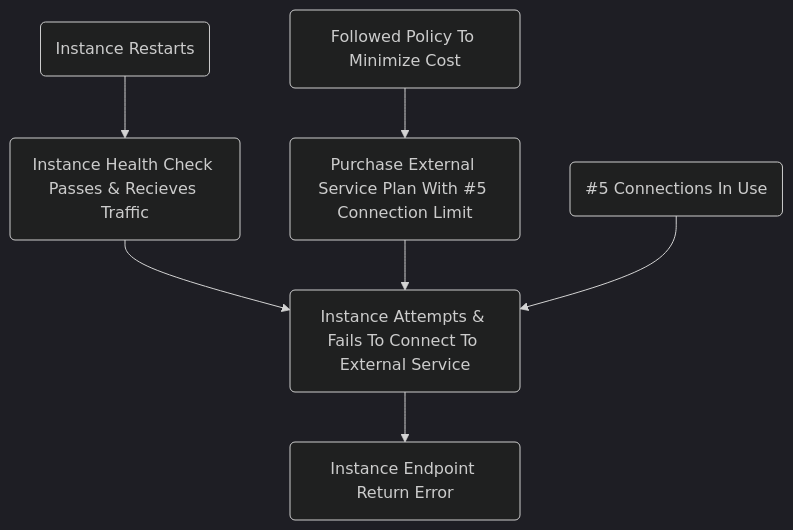
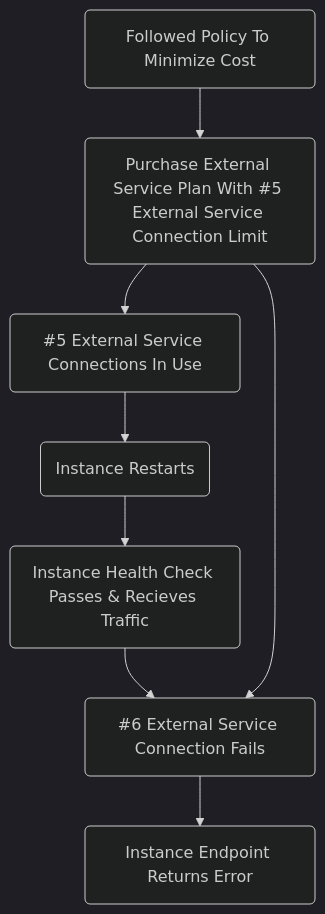
The diagram in content/post/causal-diagrams.md (Cori1109/Cori1109.github.io), drawn with Mermaid (dark theme) before and after one commit.

````diff
--- a/content/post/causal-diagrams.md
+++ b/content/post/causal-diagrams.md
@@ -18,14 +18,15 @@
 ```mermaid
 graph TD
   A(Instance Restarts)
   B(Instance Health Check Passes & Recieves Traffic)
-  C(Instance Attempts & Fails To Connect To External Service)
-  D(Instance Endpoint Return Error)
-  E(Purchase External Service Plan With #5 Connection Limit)
-  F(#5 Connections In Use)
+  C(#6 External Service Connection Fails)
+  D(Instance Endpoint Returns Error)
+  E(Purchase External Service Plan With #5 External Service Connection Limit)
+  F(#5 External Service Connections In Use)
   G(Followed Policy To Minimize Cost)
   
   A --> B --> C --> D
   G --> E --> C
-  F --> C
+  E --> F
+  F --> A
 ```
````
